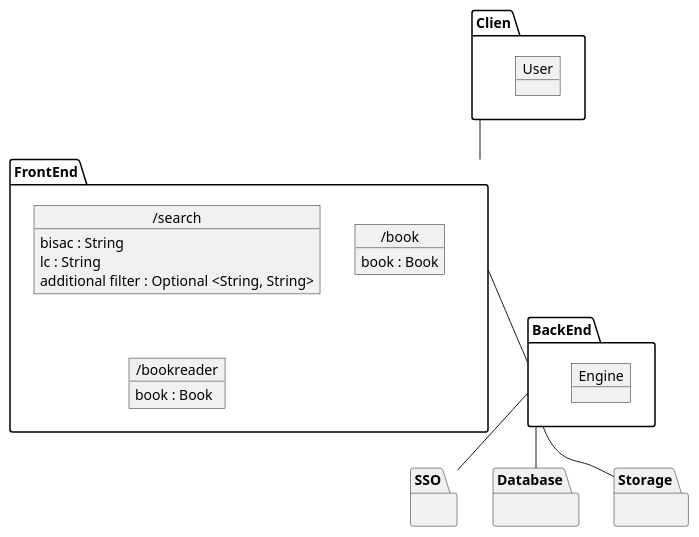
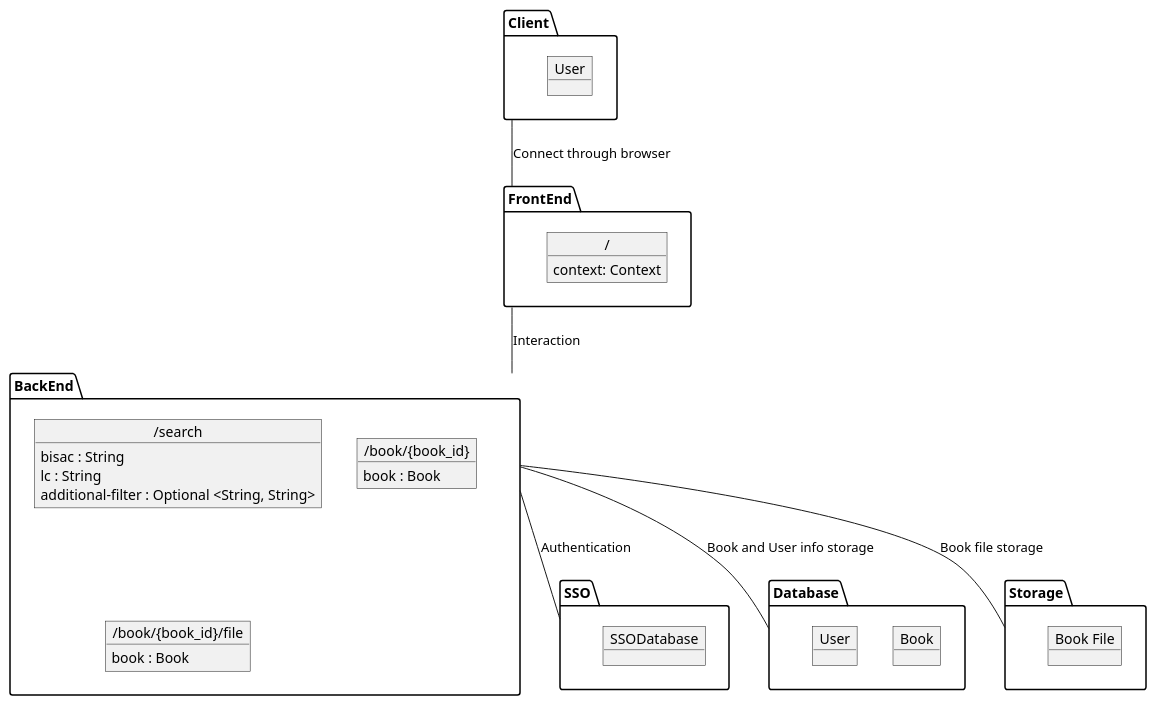
The diagram in diagrams/static.puml (deemp/elibrary), drawn with PlantUML before and after one commit. The commit also changed 1 other file, not shown here.

Commit message:
upd: uml

```diff
--- a/diagrams/static.puml
+++ b/diagrams/static.puml
@@ -1,47 +1,51 @@
 @startuml static
 
-package Clien {
+package Client {
   object User {
-  
   }
 }
 
 package FrontEnd {
-  object "/search" as Search {
+  object "/" as FEIndex {
+    context: Context
+  }
+}
+
+package BackEnd {
+  object "/search" as BESearch {
     bisac : String
     lc : String
-    additional filter : Optional <String, String>
+    additional-filter : Optional <String, String>
   }
-  object "/book" as Book {
+  object "/book/{book_id}" as BEBook {
     book : Book
   }
-  object "/bookreader" as Bookreader {
+  object "/book/{book_id}/file" as BEBookreader {
     book : Book
   }
 }
 
-package BackEnd {
-  object Engine {
-    
+package SSO {
+  object SSODatabase {
   }
 }
 
-package SSO {
-
-}
-
 package Database {
-
+  object "Book" as TableBook {
+  }
+  object "User" as TableUser {
+  }
 }
 
 package Storage {
-
+  object "Book File" as FileBook {
+  }
 }
 
-Clien -- FrontEnd
-FrontEnd -- BackEnd
-BackEnd -- SSO
-BackEnd -- Database
-BackEnd -- Storage
+Client -- FrontEnd : Connect through browser
+FrontEnd -- BackEnd : Interaction
+BackEnd -- SSO : Authentication
+BackEnd -- Database : Book and User info storage
+BackEnd -- Storage : Book file storage
 
 @enduml
```
